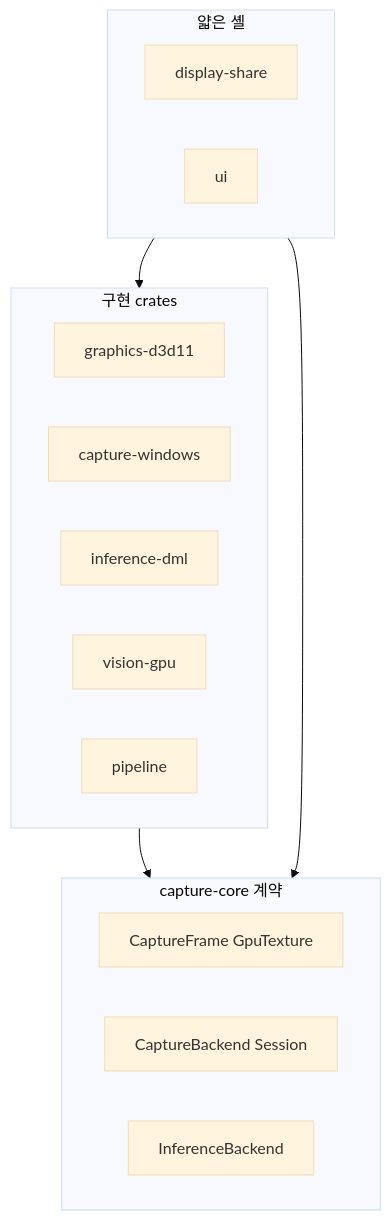
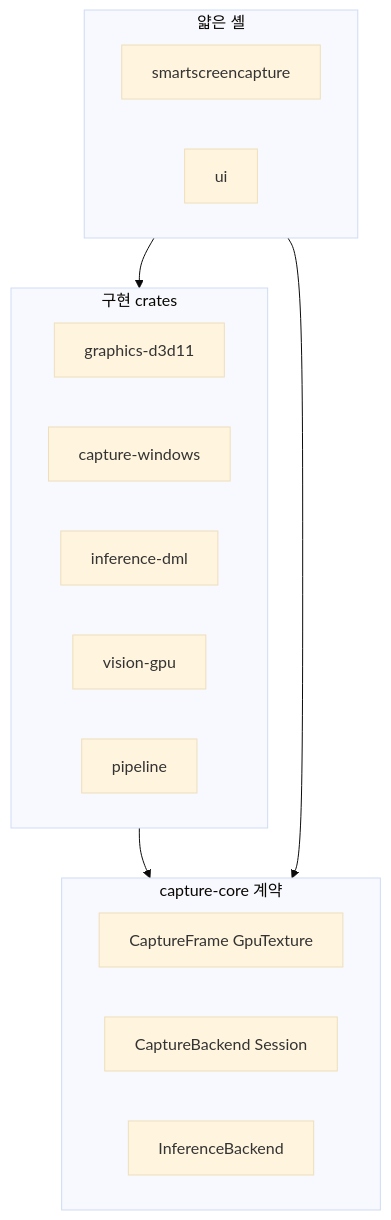
The first of 8 diagrams in 설계안.md (NAMUORI00/display-share), drawn with Mermaid (base theme) before and after one commit. The commit also changed 11 other files, not shown here.

````diff
--- a/설계안.md
+++ b/설계안.md
@@ -20,22 +20,22 @@
 ```mermaid
 flowchart TB
   subgraph C[capture-core 계약]
     T1[CaptureFrame GpuTexture]
     T2[CaptureBackend Session]
     T3[InferenceBackend]
   end
   subgraph I[구현 crates]
     I1[graphics-d3d11]
     I2[capture-windows]
     I3[inference-dml]
     I4[vision-gpu]
     I5[pipeline]
   end
   subgraph S[얇은 셸]
-    S1[display-share]
+    S1[smartscreencapture]
     S2[ui]
   end
   I --> C
   S --> I
   S --> C
 ```
````
